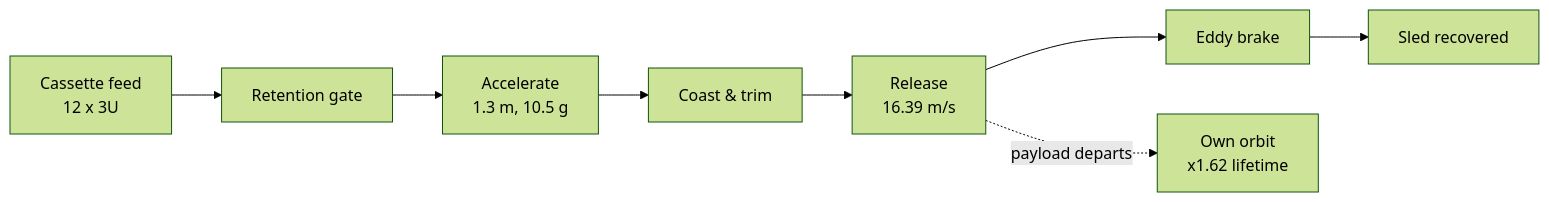
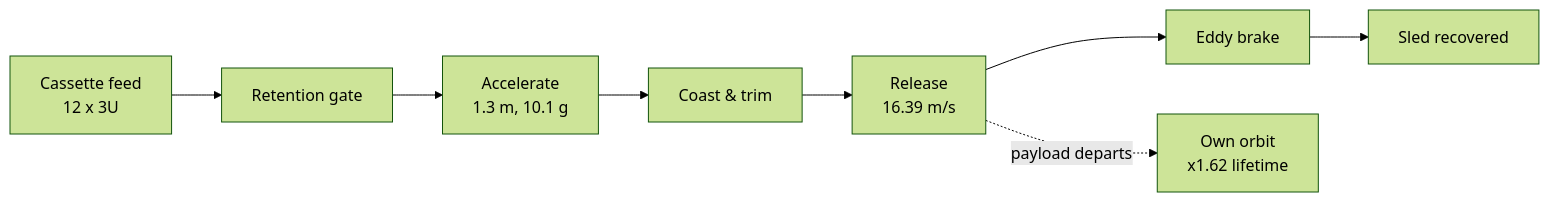
One commit to aaaaaaaaaaaavm/VOLLEY changed the first of 3 diagrams in wiki/Home.md. Above: the diagram before and after it, drawn with Mermaid (forest theme). The commit also changed other lines of this file and 83 other files, not shown here.

````diff
--- a/wiki/Home.md
+++ b/wiki/Home.md
@@ -59,10 +59,10 @@
 ```mermaid
 flowchart LR
     A["Cassette feed<br/>12 x 3U"] --> B["Retention gate"]
-    B --> C["Accelerate<br/>1.3 m, 10.5 g"]
+    B --> C["Accelerate<br/>1.3 m, 10.1 g"]
     C --> D["Coast &amp; trim"]
     D --> E["Release<br/>16.39 m/s"]
     E --> F["Eddy brake"]
     F --> G["Sled recovered"]
     E -.->|"payload departs"| H["Own orbit<br/>x1.62 lifetime"]
 ```
````
